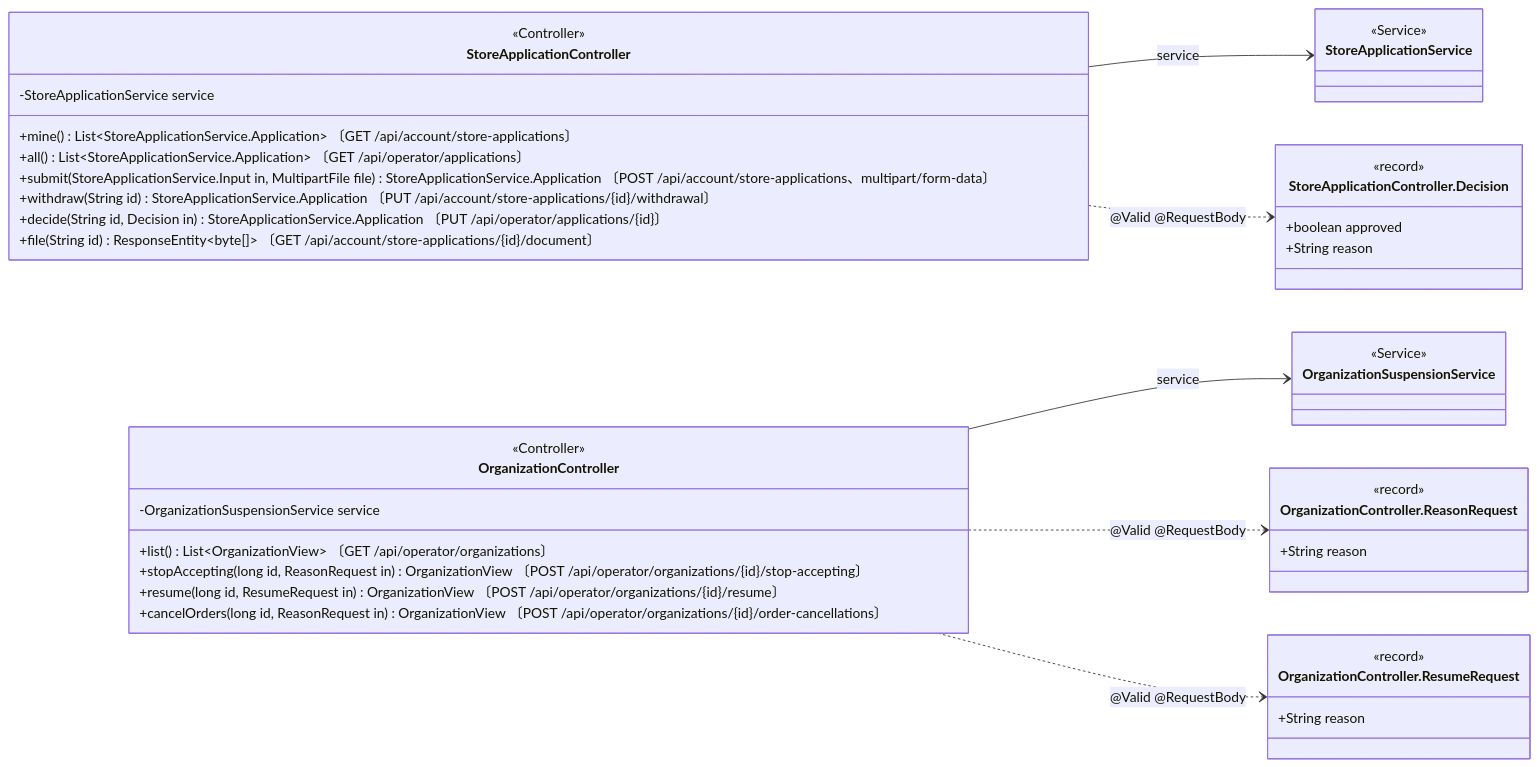
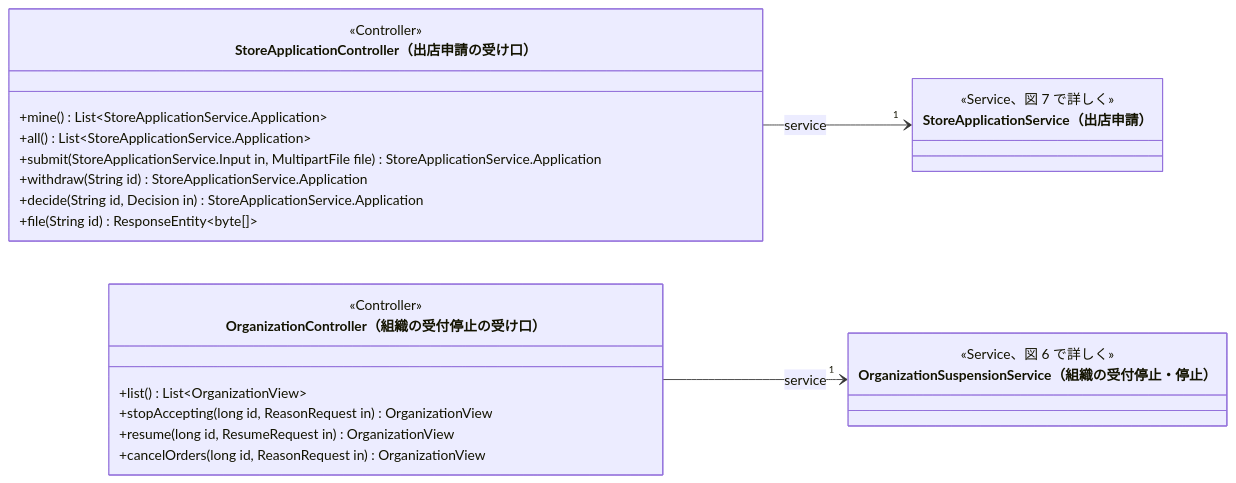
Diagram 14 of 20 in クラス図/kusakari-ec/02_店舗と組織.md (abeouga/kusakari-document), drawn with Mermaid before and after one commit. The commit also changed other lines of this file and 87 other files, not shown here.

Commit message:
EC のクラス図に全体図を足し、詳細図をデータとモジュールの図に分けて書き直す

````diff
--- a/クラス図/kusakari-ec/02_店舗と組織.md
+++ b/クラス図/kusakari-ec/02_店舗と組織.md
@@ -1110,45 +1206,29 @@
 ```mermaid
 classDiagram
-  direction LR
-  class StoreApplicationController
-  <<Controller>> StoreApplicationController
-  StoreApplicationController : -StoreApplicationService service
-  StoreApplicationController : +mine() List~StoreApplicationService.Application~ 〔GET /api/account/store-applications〕
-  StoreApplicationController : +all() List~StoreApplicationService.Application~ 〔GET /api/operator/applications〕
-  StoreApplicationController : +submit(StoreApplicationService.Input in, MultipartFile file) StoreApplicationService.Application 〔POST /api/account/store-applications、multipart/form-data〕
-  StoreApplicationController : +withdraw(String id) StoreApplicationService.Application 〔PUT /api/account/store-applications/{id}/withdrawal〕
-  StoreApplicationController : +decide(String id, Decision in) StoreApplicationService.Application 〔PUT /api/operator/applications/{id}〕
-  StoreApplicationController : +file(String id) ResponseEntity~byte[]~ 〔GET /api/account/store-applications/{id}/document〕
-  class StoreApplicationController_Decision["StoreApplicationController.Decision"] {
-    <<record>>
-    +boolean approved
-    +String reason
-  }
-  class OrganizationController
-  <<Controller>> OrganizationController
-  OrganizationController : -OrganizationSuspensionService service
-  OrganizationController : +list() List~OrganizationView~ 〔GET /api/operator/organizations〕
-  OrganizationController : +stopAccepting(long id, ReasonRequest in) OrganizationView 〔POST /api/operator/organizations/{id}/stop-accepting〕
-  OrganizationController : +resume(long id, ResumeRequest in) OrganizationView 〔POST /api/operator/organizations/{id}/resume〕
-  OrganizationController : +cancelOrders(long id, ReasonRequest in) OrganizationView 〔POST /api/operator/organizations/{id}/order-cancellations〕
-  class OrganizationController_ReasonRequest["OrganizationController.ReasonRequest"] {
-    <<record>>
-    +String reason
-  }
-  class OrganizationController_ResumeRequest["OrganizationController.ResumeRequest"] {
-    <<record>>
-    +String reason
-  }
-  class StoreApplicationService {
-    <<Service>>
-  }
-  class OrganizationSuspensionService {
-    <<Service>>
-  }
+    direction LR
+    class StoreApplicationController["StoreApplicationController（出店申請の受け口）"] {
+        <<Controller>>
+        +mine() List~StoreApplicationService.Application~
+        +all() List~StoreApplicationService.Application~
+        +submit(StoreApplicationService.Input in, MultipartFile file) StoreApplicationService.Application
+        +withdraw(String id) StoreApplicationService.Application
+        +decide(String id, Decision in) StoreApplicationService.Application
+        +file(String id) ResponseEntity~byte[]~
+    }
+    class OrganizationController["OrganizationController（組織の受付停止の受け口）"] {
+        <<Controller>>
+        +list() List~OrganizationView~
+        +stopAccepting(long id, ReasonRequest in) OrganizationView
+        +resume(long id, ResumeRequest in) OrganizationView
+        +cancelOrders(long id, ReasonRequest in) OrganizationView
+    }
+    class StoreApplicationService["StoreApplicationService（出店申請）"] {
+        <<Service、図 7 で詳しく>>
+    }
+    class OrganizationSuspensionService["OrganizationSuspensionService（組織の受付停止・停止）"] {
+        <<Service、図 6 で詳しく>>
+    }
 
-  StoreApplicationController --> StoreApplicationService : service
-  StoreApplicationController ..> StoreApplicationController_Decision : @Valid @RequestBody
-  OrganizationController --> OrganizationSuspensionService : service
-  OrganizationController ..> OrganizationController_ReasonRequest : @Valid @RequestBody
-  OrganizationController ..> OrganizationController_ResumeRequest : @Valid @RequestBody
+    StoreApplicationController --> "1" StoreApplicationService : service
+    OrganizationController --> "1" OrganizationSuspensionService : service
 ```
````
